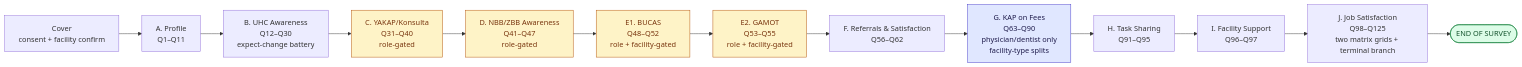
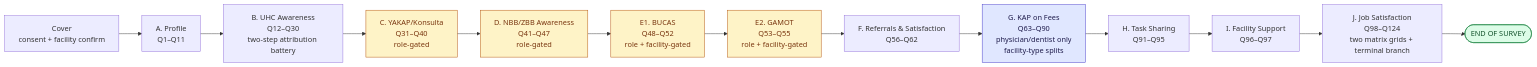
Before and after one commit to cplreyes/ASPSI-DOH-UHC-CAPI-Development: the diagram in deliverables/F2/F2-Spec.md, drawn with Mermaid. The commit also changed other lines of this file and 5 other files, not shown here.

````diff
--- a/deliverables/F2/F2-Spec.md
+++ b/deliverables/F2/F2-Spec.md
@@ -35,22 +46,22 @@
 ```mermaid
 flowchart LR
     Cover[Cover<br/>consent + facility confirm] --> A[A. Profile<br/>Q1–Q11]
-    A --> B[B. UHC Awareness<br/>Q12–Q30<br/>expect-change battery]
+    A --> B[B. UHC Awareness<br/>Q12–Q30<br/>two-step attribution battery]
     B --> C[C. YAKAP/Konsulta<br/>Q31–Q40<br/>role-gated]
     C --> D[D. NBB/ZBB Awareness<br/>Q41–Q47<br/>role-gated]
     D --> E1[E1. BUCAS<br/>Q48–Q52<br/>role + facility-gated]
     E1 --> E2[E2. GAMOT<br/>Q53–Q55<br/>role + facility-gated]
     E2 --> F[F. Referrals & Satisfaction<br/>Q56–Q62]
     F --> G[G. KAP on Fees<br/>Q63–Q90<br/>physician/dentist only<br/>facility-type splits]
     G --> H[H. Task Sharing<br/>Q91–Q95]
     H --> I[I. Facility Support<br/>Q96–Q97]
-    I --> J[J. Job Satisfaction<br/>Q98–Q125<br/>two matrix grids + terminal branch]
+    I --> J[J. Job Satisfaction<br/>Q98–Q124<br/>two matrix grids + terminal branch]
     J --> End([END OF SURVEY])
 
     classDef gated fill:#fef3c7,stroke:#b45309,color:#78350f
     classDef split fill:#e0e7ff,stroke:#4338ca,color:#1e1b4b
     classDef terminal fill:#dcfce7,stroke:#15803d,color:#14532d
     class C,D,E1,E2 gated
     class G split
     class End terminal
 ```
````
